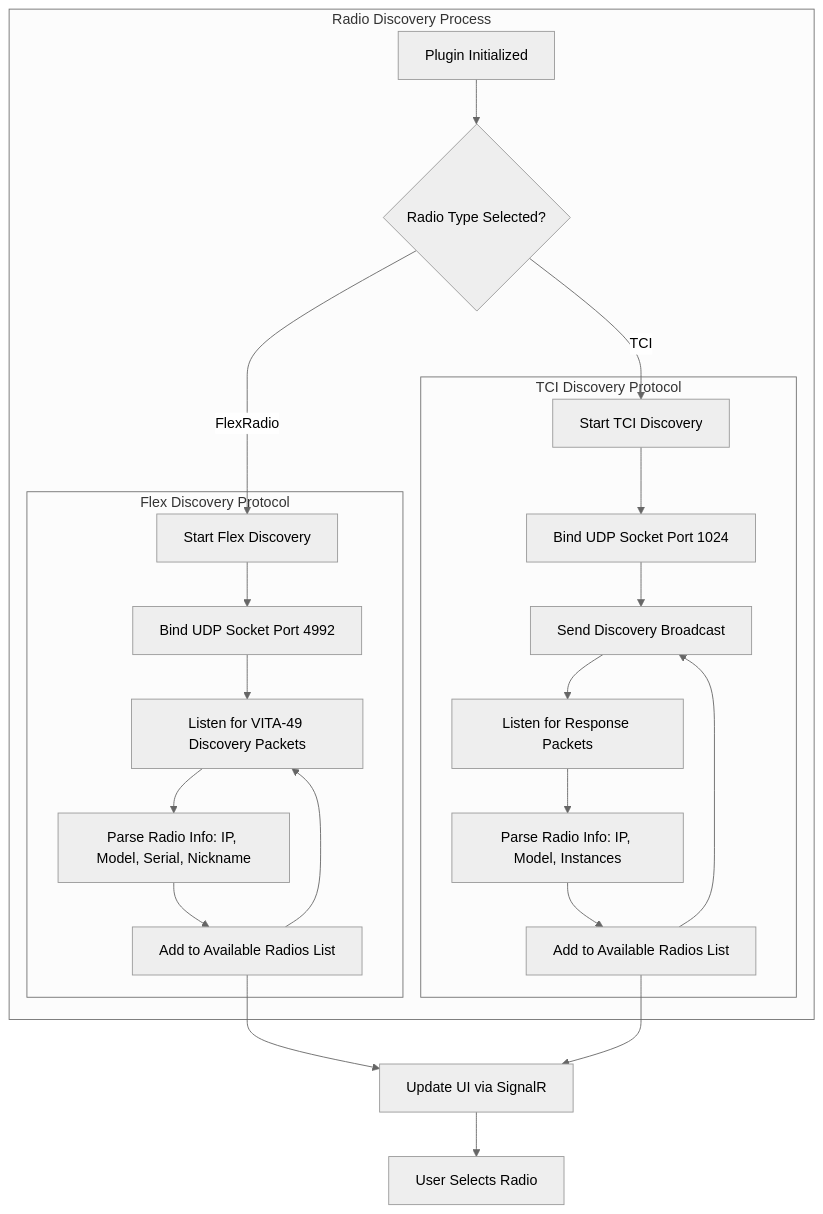
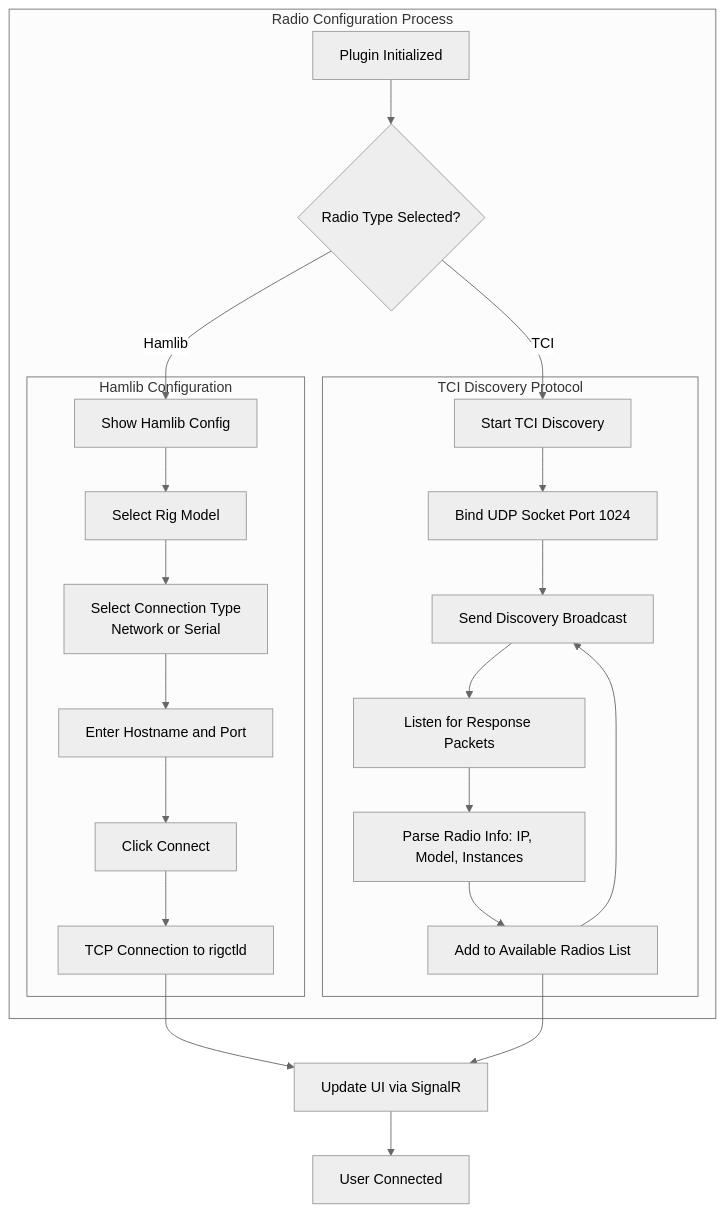
Before and after one commit to brianbruff/Log4YM: the first of 4 diagrams in docs/catctrl/prd.md, drawn with Mermaid (neutral theme). The commit also changed other lines of this file and 2 other files, not shown here.

First line of the commit message:
docs: update radio docs to reflect FlexRadio via Hamlib

````diff
--- a/docs/catctrl/prd.md
+++ b/docs/catctrl/prd.md
@@ -41,29 +47,29 @@
 ```mermaid
 flowchart TD
-    subgraph Discovery["Radio Discovery Process"]
+    subgraph Configuration["Radio Configuration Process"]
         A[Plugin Initialized] --> B{Radio Type Selected?}
-        B -->|FlexRadio| C[Start Flex Discovery]
+        B -->|Hamlib| C[Show Hamlib Config]
         B -->|TCI| D[Start TCI Discovery]
 
-        subgraph FlexDiscovery["Flex Discovery Protocol"]
-            C --> C1[Bind UDP Socket Port 4992]
-            C1 --> C2[Listen for VITA-49 Discovery Packets]
-            C2 --> C3[Parse Radio Info: IP, Model, Serial, Nickname]
-            C3 --> C4[Add to Available Radios List]
-            C4 --> C2
+        subgraph HamlibConfig["Hamlib Configuration"]
+            C --> C1[Select Rig Model]
+            C1 --> C2[Select Connection Type\nNetwork or Serial]
+            C2 --> C3[Enter Hostname and Port]
+            C3 --> C4[Click Connect]
+            C4 --> C5[TCP Connection to rigctld]
         end
 
         subgraph TCIDiscovery["TCI Discovery Protocol"]
             D --> D1[Bind UDP Socket Port 1024]
             D1 --> D2[Send Discovery Broadcast]
             D2 --> D3[Listen for Response Packets]
             D3 --> D4[Parse Radio Info: IP, Model, Instances]
             D4 --> D5[Add to Available Radios List]
             D5 --> D2
         end
     end
 
-    C4 --> E[Update UI via SignalR]
+    C5 --> E[Update UI via SignalR]
     D5 --> E
-    E --> F[User Selects Radio]
+    E --> F[User Connected]
 ```
````
